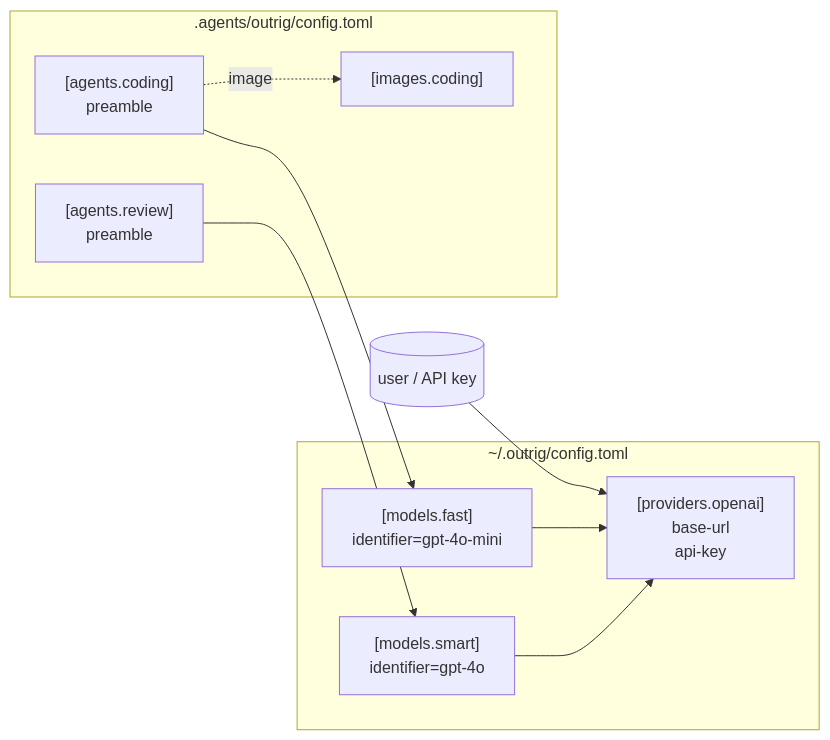
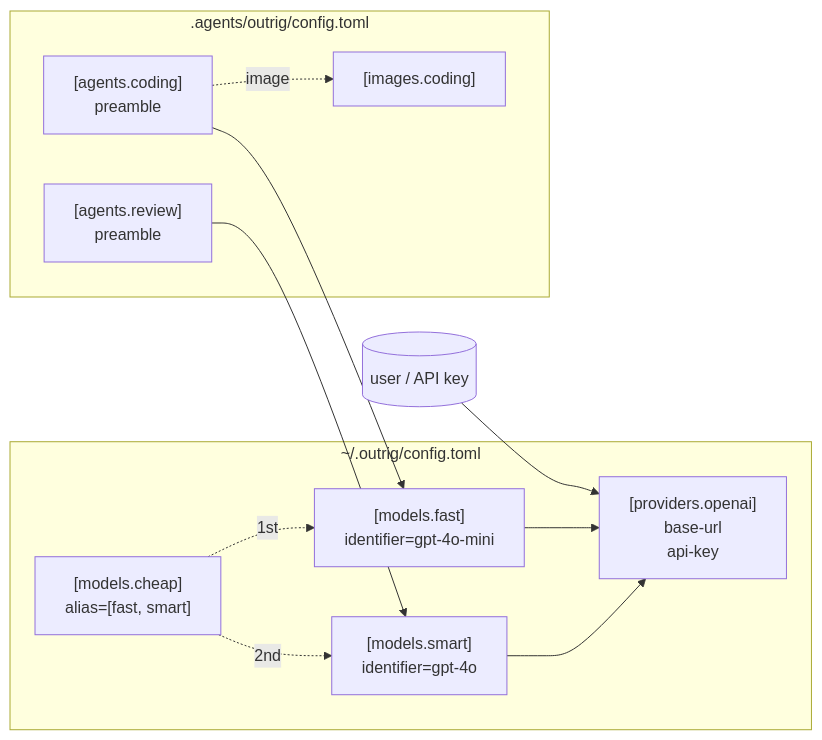
One commit to tgockel/outrig changed the diagram in doc/concepts/llm-providers.md. Above: the diagram before and after it, drawn with Mermaid. The commit also changed other lines of this file and 21 other files, not shown here.

````diff
--- a/doc/concepts/llm-providers.md
+++ b/doc/concepts/llm-providers.md
@@ -15,20 +16,23 @@
 ```mermaid
 flowchart LR
     user[("user / API key")]
     subgraph global["~/.outrig/config.toml"]
         prov["[providers.openai]<br/>base-url<br/>api-key"]
         m1["[models.fast]<br/>identifier=gpt-4o-mini"]
         m2["[models.smart]<br/>identifier=gpt-4o"]
+        al["[models.cheap]<br/>alias=[fast, smart]"]
     end
     subgraph repo[".agents/outrig/config.toml"]
         a1["[agents.coding]<br/>preamble"]
         a2["[agents.review]<br/>preamble"]
         cont["[images.coding]"]
     end
     user --> prov
     m1 --> prov
     m2 --> prov
+    al -. "1st" .-> m1
+    al -. "2nd" .-> m2
     a1 --> m1
     a2 --> m2
     a1 -. "image" .-> cont
 ```
````
